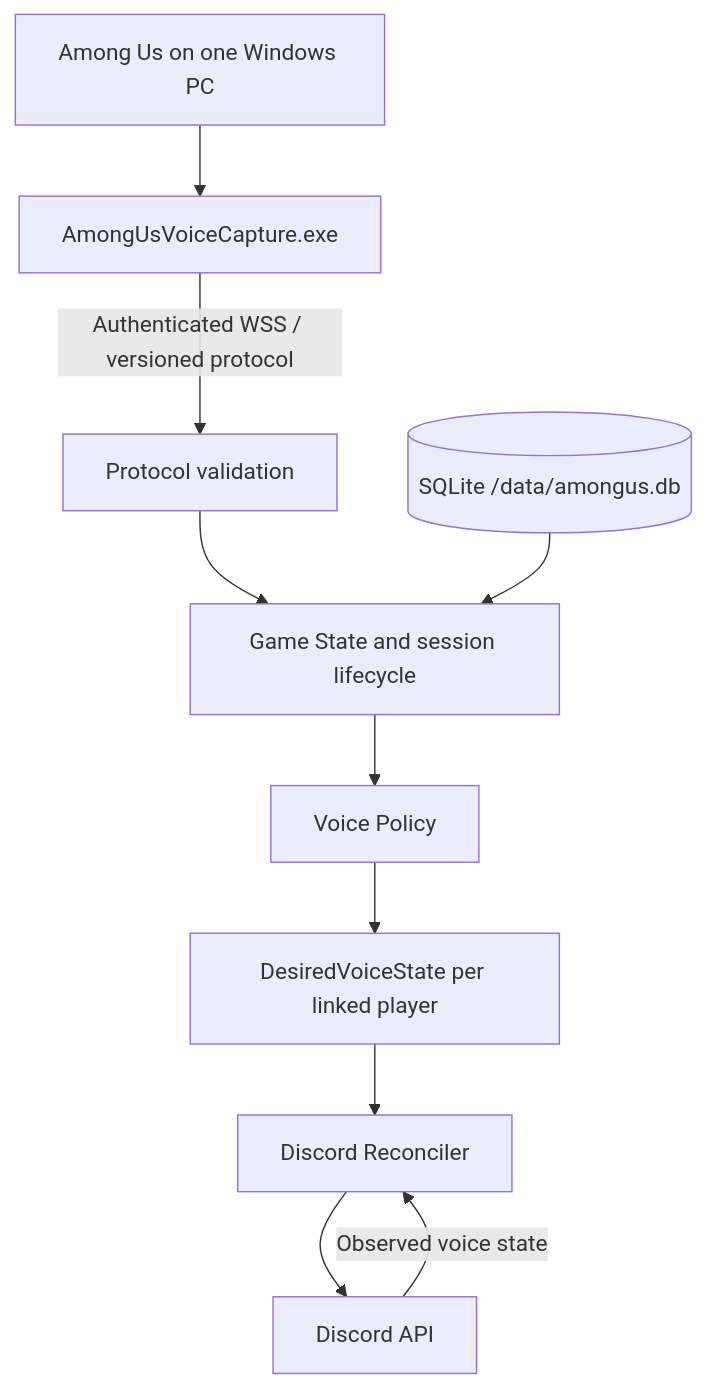
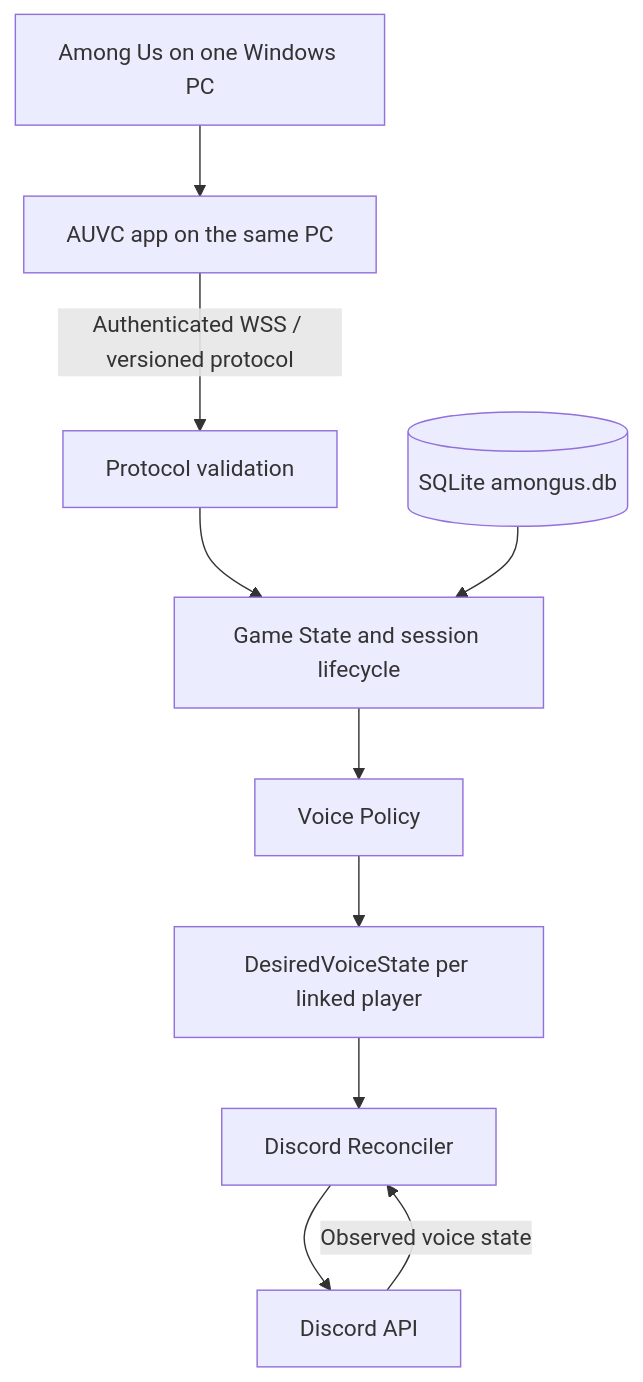
One commit to Tabsi1998/Among-Us-Voice-Controller-AUVC changed the diagram in docs/architecture.md. Above: the diagram before and after it, drawn with Mermaid. The commit also changed other lines of this file and 39 other files, not shown here.

````diff
--- a/docs/architecture.md
+++ b/docs/architecture.md
@@ -22,12 +27,12 @@
 ```mermaid
 flowchart TD
-    AU[Among Us on one Windows PC] --> Capture[AmongUsVoiceCapture.exe]
+    AU[Among Us on one Windows PC] --> Capture[AUVC app on the same PC]
     Capture -->|Authenticated WSS / versioned protocol| Ingress[Protocol validation]
     Ingress --> State[Game State and session lifecycle]
-    DB[(SQLite /data/amongus.db)] --> State
+    DB[(SQLite amongus.db)] --> State
     State --> Policy[Voice Policy]
     Policy --> Desired[DesiredVoiceState per linked player]
     Desired --> Reconciler[Discord Reconciler]
     Reconciler --> API[Discord API]
     API -->|Observed voice state| Reconciler
 ```
````
